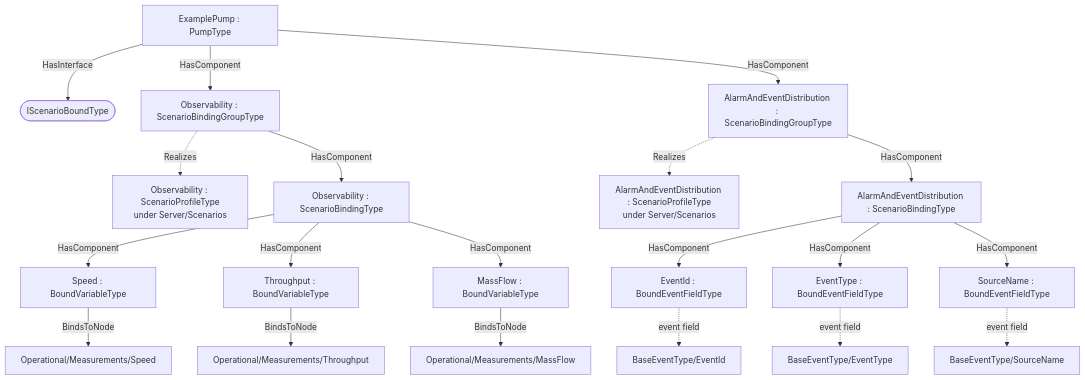
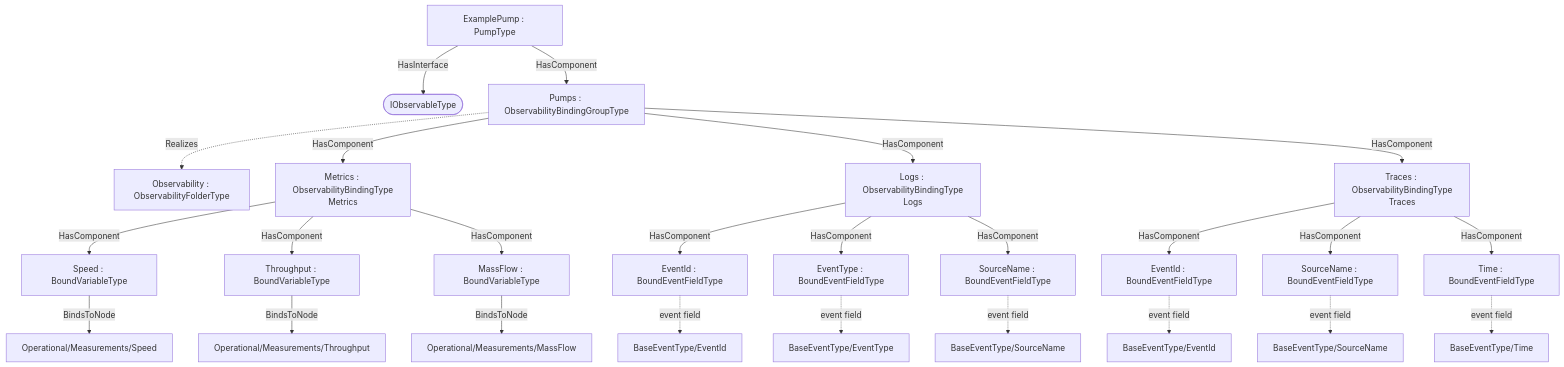
The second of 2 diagrams in core-specs/observability-export/pumps/OPC-UA-Pumps-Observability-Export-Addendum.md (marcschier/opcua-drafts), drawn with Mermaid before and after one commit. The commit also changed other lines of this file and 22 other files, not shown here.

````diff
--- a/core-specs/observability-export/pumps/OPC-UA-Pumps-Observability-Export-Addendum.md
+++ b/core-specs/observability-export/pumps/OPC-UA-Pumps-Observability-Export-Addendum.md
@@ -165,23 +128,28 @@
 ```mermaid
 graph TD
   R["ExamplePump : PumpType"]
-  R -->|HasInterface| I([IScenarioBoundType])
-  R -->|HasComponent| G0["Observability : ScenarioBindingGroupType"]
-  G0 -.Realizes.-> P0["Observability : ScenarioProfileType<br/>under Server/Scenarios"]
-  G0 -->|HasComponent| B0["Observability : ScenarioBindingType"]
+  R -->|HasInterface| I([IObservableType])
+  R -->|HasComponent| G["Pumps : ObservabilityBindingGroupType"]
+  G -.Realizes.-> O["Observability : ObservabilityFolderType"]
+  G -->|HasComponent| B0["Metrics : ObservabilityBindingType<br/>Metrics"]
   B0 -->|HasComponent| IT00["Speed : BoundVariableType"]
   IT00 -->|BindsToNode| N00["Operational/Measurements/Speed"]
   B0 -->|HasComponent| IT01["Throughput : BoundVariableType"]
   IT01 -->|BindsToNode| N01["Operational/Measurements/Throughput"]
   B0 -->|HasComponent| IT02["MassFlow : BoundVariableType"]
   IT02 -->|BindsToNode| N02["Operational/Measurements/MassFlow"]
-  R -->|HasComponent| G1["AlarmAndEventDistribution : ScenarioBindingGroupType"]
-  G1 -.Realizes.-> P1["AlarmAndEventDistribution : ScenarioProfileType<br/>under Server/Scenarios"]
-  G1 -->|HasComponent| B1["AlarmAndEventDistribution : ScenarioBindingType"]
+  G -->|HasComponent| B1["Logs : ObservabilityBindingType<br/>Logs"]
   B1 -->|HasComponent| IT10["EventId : BoundEventFieldType"]
   IT10 -.event field.-> N10["BaseEventType/EventId"]
   B1 -->|HasComponent| IT11["EventType : BoundEventFieldType"]
   IT11 -.event field.-> N11["BaseEventType/EventType"]
   B1 -->|HasComponent| IT12["SourceName : BoundEventFieldType"]
   IT12 -.event field.-> N12["BaseEventType/SourceName"]
+  G -->|HasComponent| B2["Traces : ObservabilityBindingType<br/>Traces"]
+  B2 -->|HasComponent| IT20["EventId : BoundEventFieldType"]
+  IT20 -.event field.-> N20["BaseEventType/EventId"]
+  B2 -->|HasComponent| IT21["SourceName : BoundEventFieldType"]
+  IT21 -.event field.-> N21["BaseEventType/SourceName"]
+  B2 -->|HasComponent| IT22["Time : BoundEventFieldType"]
+  IT22 -.event field.-> N22["BaseEventType/Time"]
 ```
````
